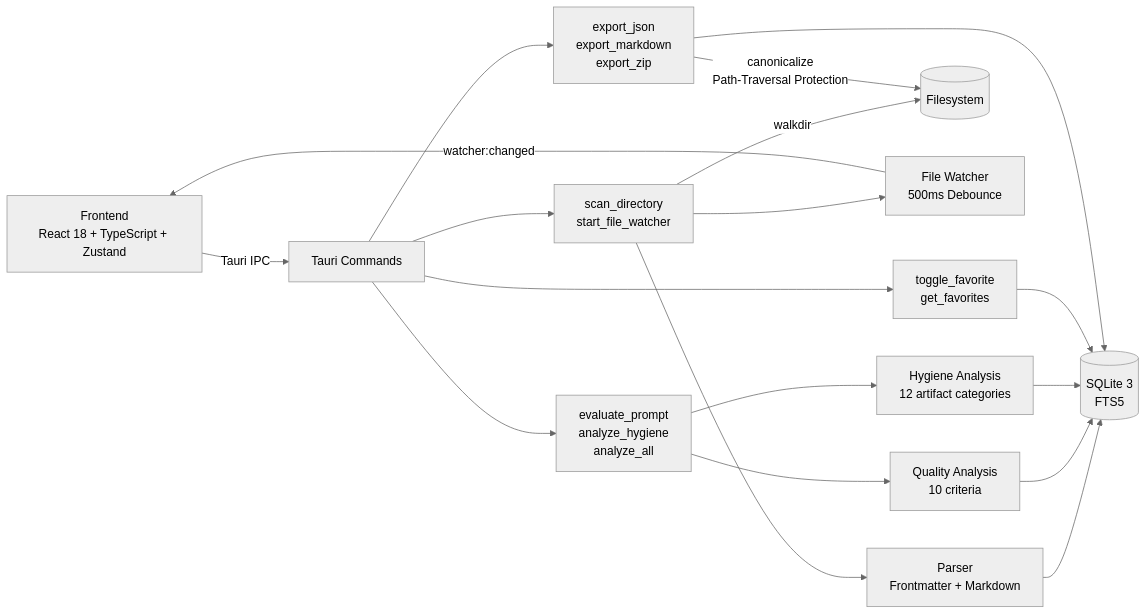
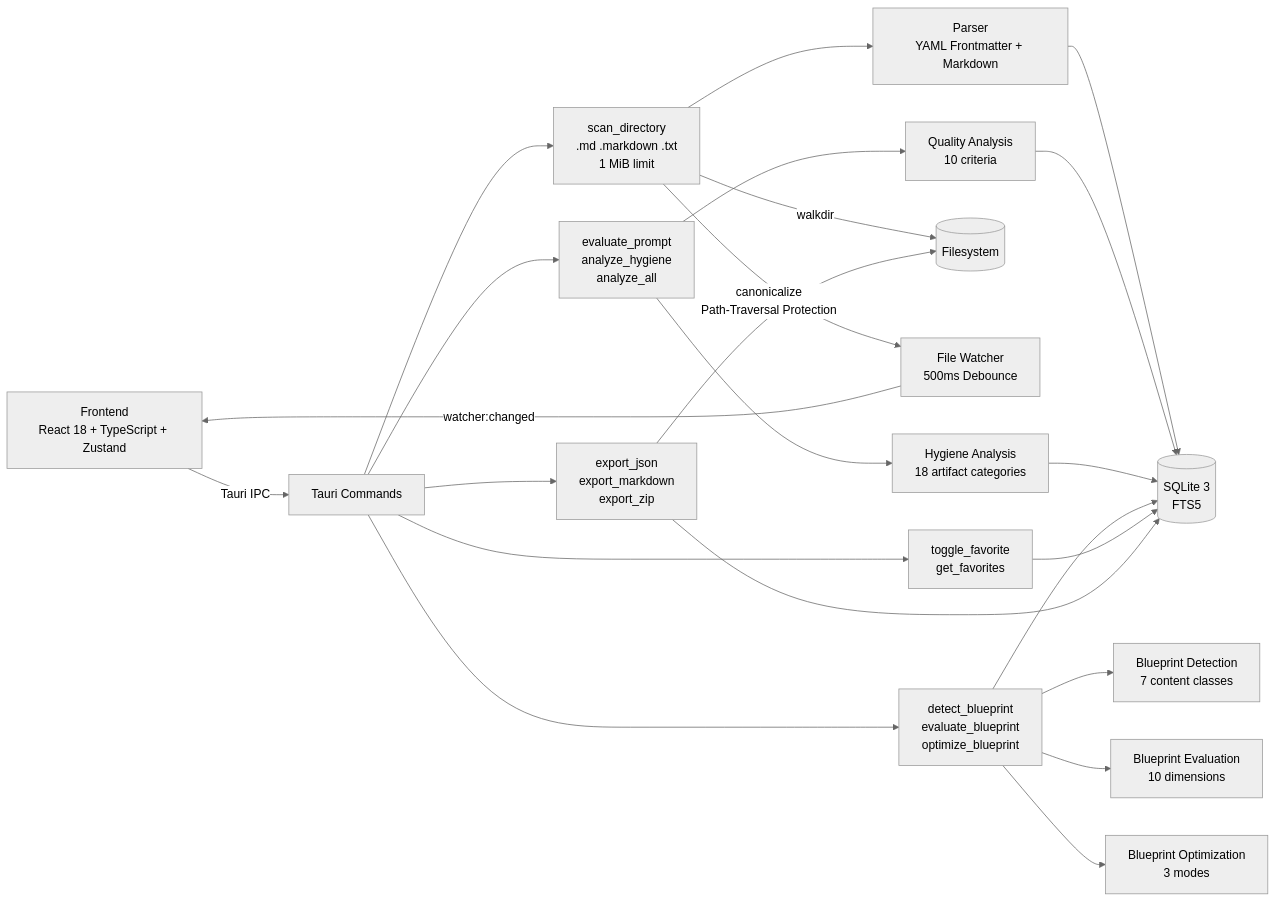
The diagram in README.md (xxammaxx/promptvault-lite), drawn with Mermaid (neutral theme) before and after one commit. The commit also changed other lines of this file and 5 other files, not shown here.

````diff
--- a/README.md
+++ b/README.md
@@ -120,25 +119,30 @@
 ```mermaid
 flowchart LR
   UI[Frontend<br/>React 18 + TypeScript + Zustand] -->|Tauri IPC| IPC[Tauri Commands]
 
-  IPC --> Scan[scan_directory<br/>start_file_watcher]
+  IPC --> Scan[scan_directory<br/>.md .markdown .txt<br/>1 MiB limit]
   IPC --> Analyze[evaluate_prompt<br/>analyze_hygiene<br/>analyze_all]
+  IPC --> Blueprint[detect_blueprint<br/>evaluate_blueprint<br/>optimize_blueprint]
   IPC --> Fav[toggle_favorite<br/>get_favorites]
   IPC --> Export[export_json<br/>export_markdown<br/>export_zip]
 
   Scan -->|walkdir| FS[(Filesystem)]
   Scan --> Watcher[File Watcher<br/>500ms Debounce]
   Watcher -->|watcher:changed| UI
 
-  Scan --> Parser[Parser<br/>Frontmatter + Markdown]
+  Scan --> Parser[Parser<br/>YAML Frontmatter + Markdown]
   Analyze --> Quality[Quality Analysis<br/>10 criteria]
-  Analyze --> Hygiene[Hygiene Analysis<br/>12 artifact categories]
+  Analyze --> Hygiene[Hygiene Analysis<br/>18 artifact categories]
+  Blueprint --> BPDetect[Blueprint Detection<br/>7 content classes]
+  Blueprint --> BPEval[Blueprint Evaluation<br/>10 dimensions]
+  Blueprint --> BPOpt[Blueprint Optimization<br/>3 modes]
 
   Parser --> DB[(SQLite 3<br/>FTS5)]
   Quality --> DB
   Hygiene --> DB
+  Blueprint --> DB
   Fav --> DB
   Export --> DB
 
   Export -->|canonicalize<br/>Path-Traversal Protection| FS
 ```
````
